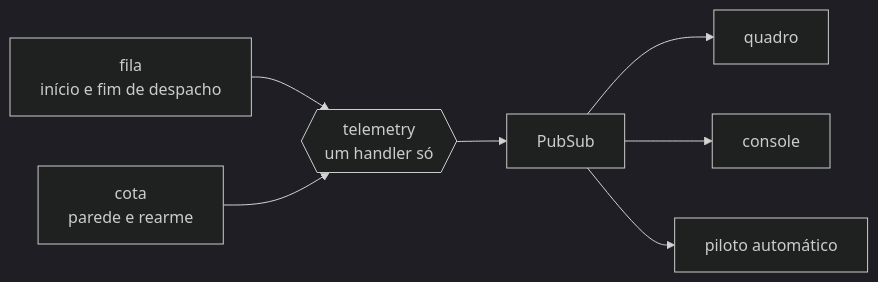
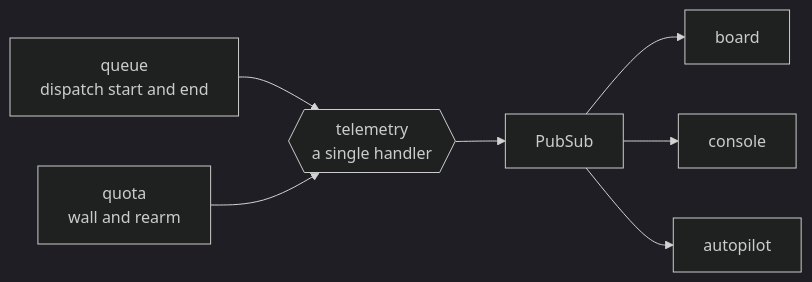
The diagram in docs/tasks/en/E7-dashboard-and-automation/FAB-701-per-run-measurements.md (enzoconsulo/factory-tcc), drawn with Mermaid (dark theme) before and after one commit. The commit also changed 52 other files, not shown here.

````diff
--- a/docs/tasks/en/E7-dashboard-and-automation/FAB-701-per-run-measurements.md
+++ b/docs/tasks/en/E7-dashboard-and-automation/FAB-701-per-run-measurements.md
@@ -11,9 +11,9 @@
 ```mermaid
 flowchart LR
-  F["fila<br/>início e fim de despacho"] --> T{{"telemetry<br/>um handler só"}}
-  Q["cota<br/>parede e rearme"] --> T
+  F["queue<br/>dispatch start and end"] --> T{{"telemetry<br/>a single handler"}}
+  Q["quota<br/>wall and rearm"] --> T
   T --> P["PubSub"]
-  P --> B["quadro"]
+  P --> B["board"]
   P --> C["console"]
-  P --> A["piloto automático"]
+  P --> A["autopilot"]
 ```
````
